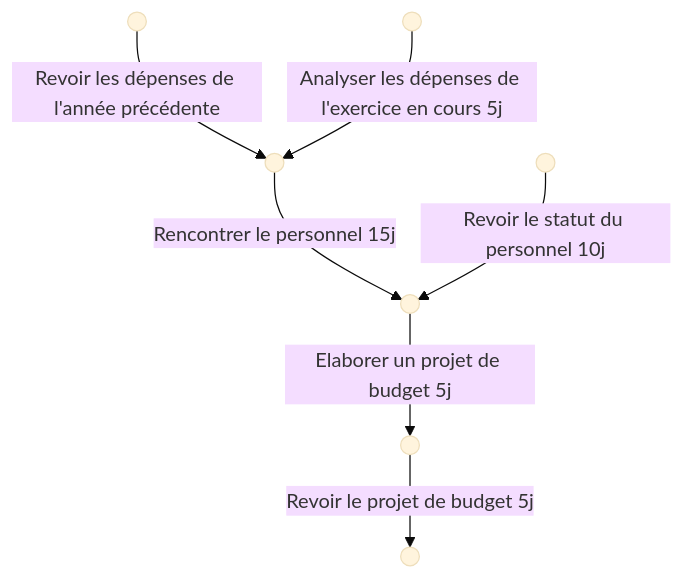
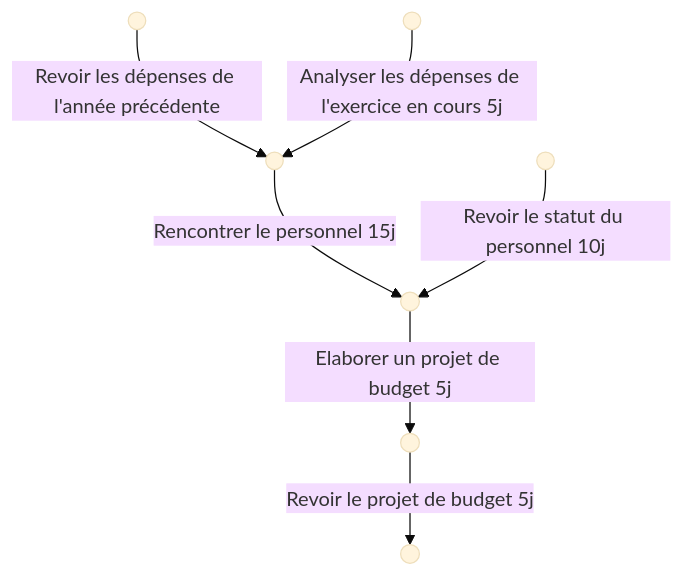
One commit to Carsano/Road2ITD changed the diagram in 02_Learning/01_Management/CH9. Effectuer un suivi des performances.md. Above: the diagram before and after it, drawn with Mermaid (base theme).

Commit message:
vault backup: 2025-05-25 10:49:38

````diff
--- a/02_Learning/01_Management/CH9. Effectuer un suivi des performances.md
+++ b/02_Learning/01_Management/CH9. Effectuer un suivi des performances.md
@@ -49,11 +49,11 @@
 ```mermaid
 graph TB
-    A(( )) -- Revoir les dépenses de l'année précédente --> C(( ))
-    B(( )) -- Analyser les dépenses de l'exercice en cours 5j --> C
+    A@{ shape: sm-circ} -- Revoir les dépenses de l'année précédente --> C@{ shape: sm-circ}
+    B@{ shape: sm-circ} -- Analyser les dépenses de l'exercice en cours 5j --> C
     C --Rencontrer le personnel 15j--> E(( ))
-    D(( )) --Revoir le statut du personnel 10j --> E(( ))
+    D@{ shape: sm-circ} --Revoir le statut du personnel 10j --> E(( ))
     E --Elaborer un projet de budget 5j --> F(( ))
     F --Revoir le projet de budget 5j --> G(( ))
 
 
 ```
````
